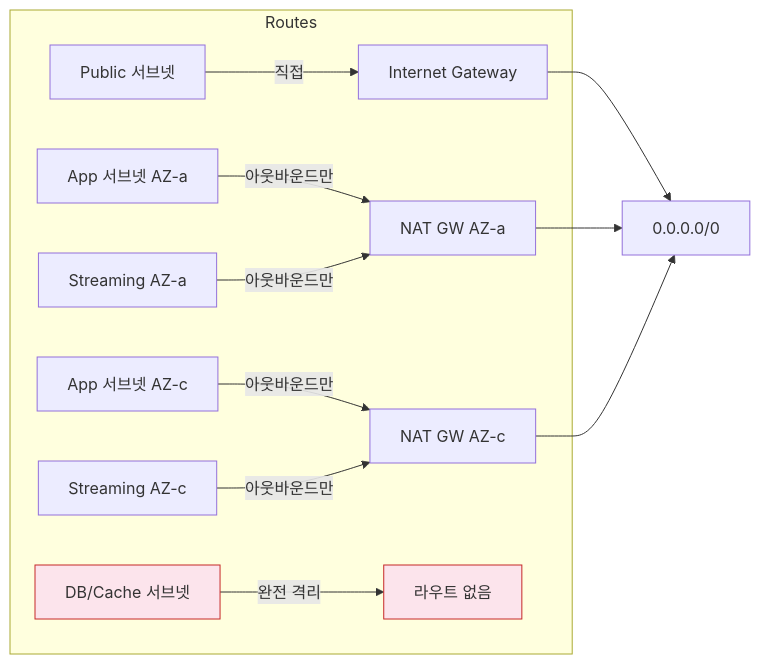
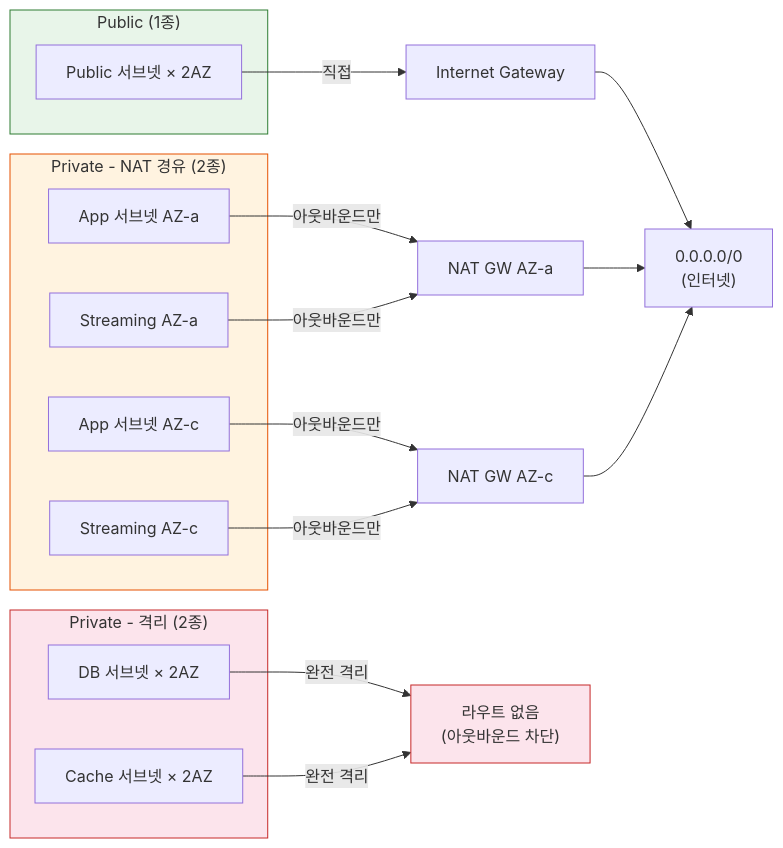
The third of 9 diagrams in docs/AWS_ARCHITECTURE.md (cchriscode/URR), drawn with Mermaid before and after one commit. The commit also changed other lines of this file and 39 other files, not shown here.

````diff
--- a/docs/AWS_ARCHITECTURE.md
+++ b/docs/AWS_ARCHITECTURE.md
@@ -193,24 +201,41 @@
 ```mermaid
 graph LR
     IGW["Internet Gateway"]
     NAT_A["NAT GW AZ-a"]
     NAT_C["NAT GW AZ-c"]
-    NONE["라우트 없음"]
-    INET["0.0.0.0/0"]
+    NONE["라우트 없음<br/>(아웃바운드 차단)"]
+    INET["0.0.0.0/0<br/>(인터넷)"]
 
-    subgraph Routes
-        PUB["Public 서브넷"] -->|직접| IGW
-        APP_A["App 서브넷 AZ-a"] -->|아웃바운드만| NAT_A
-        APP_C["App 서브넷 AZ-c"] -->|아웃바운드만| NAT_C
-        DB["DB/Cache 서브넷"] -->|완전 격리| NONE
-        STR_A["Streaming AZ-a"] -->|아웃바운드만| NAT_A
-        STR_C["Streaming AZ-c"] -->|아웃바운드만| NAT_C
+    subgraph PUBLIC["Public (1종)"]
+        PUB["Public 서브넷 × 2AZ"]
     end
+
+    subgraph PRIVATE_NAT["Private - NAT 경유 (2종)"]
+        APP_A["App 서브넷 AZ-a"]
+        APP_C["App 서브넷 AZ-c"]
+        STR_A["Streaming AZ-a"]
+        STR_C["Streaming AZ-c"]
+    end
+
+    subgraph PRIVATE_ISO["Private - 격리 (2종)"]
+        DB["DB 서브넷 × 2AZ"]
+        CACHE["Cache 서브넷 × 2AZ"]
+    end
+
+    PUB -->|"직접"| IGW
+    APP_A -->|"아웃바운드만"| NAT_A
+    APP_C -->|"아웃바운드만"| NAT_C
+    STR_A -->|"아웃바운드만"| NAT_A
+    STR_C -->|"아웃바운드만"| NAT_C
+    DB -->|"완전 격리"| NONE
+    CACHE -->|"완전 격리"| NONE
 
     IGW --> INET
     NAT_A --> INET
     NAT_C --> INET
 
-    style DB fill:#fce4ec,stroke:#c62828
+    style PUBLIC fill:#e8f5e9,stroke:#2e7d32
+    style PRIVATE_NAT fill:#fff3e0,stroke:#e65100
+    style PRIVATE_ISO fill:#fce4ec,stroke:#c62828
     style NONE fill:#fce4ec,stroke:#c62828
 ```
````
